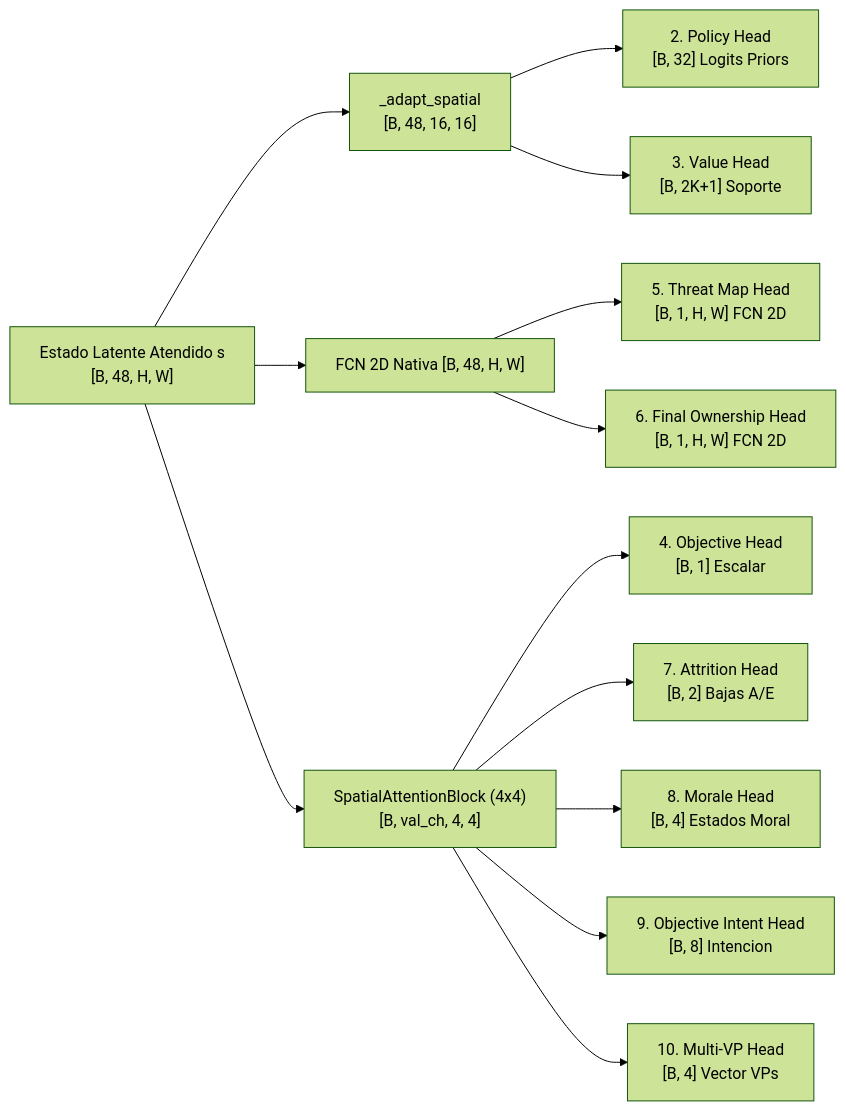
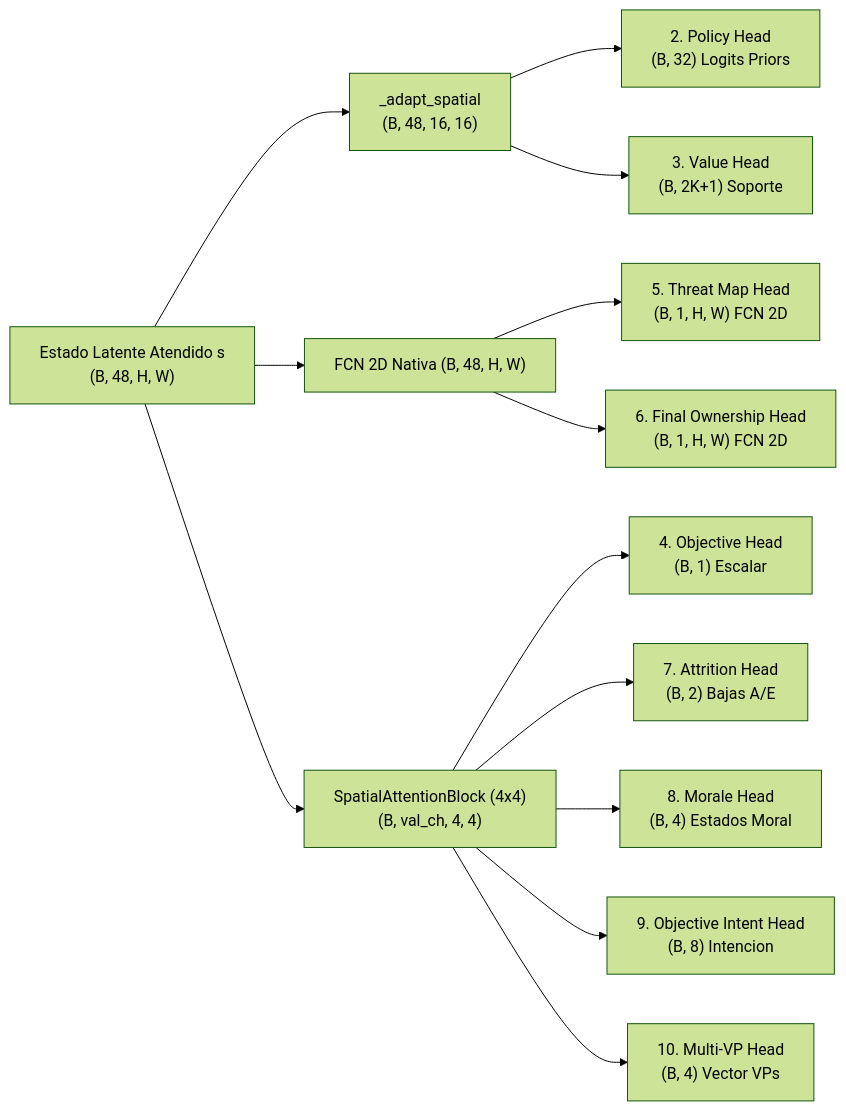
The second of 4 diagrams in docs/03_RED_NEURONAL_EFFICIENTZERO_V2.md (richardcc/assault-ai-pilot), drawn with Mermaid (forest theme) before and after one commit. The commit also changed other lines of this file and 4 other files, not shown here.

Commit message:
docs(roadmap): document prospective LLM+RL hybrid TemplateRL macro-planner architecture (v2.6.0 plan)

````diff
--- a/docs/03_RED_NEURONAL_EFFICIENTZERO_V2.md
+++ b/docs/03_RED_NEURONAL_EFFICIENTZERO_V2.md
@@ -194,18 +219,30 @@
 ```mermaid
-graph LR
-    S["Estado Latente Atendido s\n[B, 48, H, W]"] --> ADAPT["_adapt_spatial\n[B, 48, 16, 16]"]
-    S --> FCN["FCN 2D Nativa [B, 48, H, W]"]
-    S --> S_ATTN["SpatialAttentionBlock (4x4)\n[B, val_ch, 4, 4]"]
+flowchart LR
+    S["Estado Latente Atendido s
+(B, 48, H, W)"] --> ADAPT["_adapt_spatial
+(B, 48, 16, 16)"]
+    S --> FCN["FCN 2D Nativa (B, 48, H, W)"]
+    S --> S_ATTN["SpatialAttentionBlock (4x4)
+(B, val_ch, 4, 4)"]
 
-    ADAPT --> H_POL["2. Policy Head\n[B, 32] Logits Priors"]
-    ADAPT --> H_VAL["3. Value Head\n[B, 2K+1] Soporte"]
+    ADAPT --> H_POL["2. Policy Head
+(B, 32) Logits Priors"]
+    ADAPT --> H_VAL["3. Value Head
+(B, 2K+1) Soporte"]
 
-    FCN --> H_THREAT["5. Threat Map Head\n[B, 1, H, W] FCN 2D"]
-    FCN --> H_OWNER["6. Final Ownership Head\n[B, 1, H, W] FCN 2D"]
+    FCN --> H_THREAT["5. Threat Map Head
+(B, 1, H, W) FCN 2D"]
+    FCN --> H_OWNER["6. Final Ownership Head
+(B, 1, H, W) FCN 2D"]
 
-    S_ATTN --> H_OBJ["4. Objective Head\n[B, 1] Escalar"]
-    S_ATTN --> H_ATTR["7. Attrition Head\n[B, 2] Bajas A/E"]
-    S_ATTN --> H_MORALE["8. Morale Head\n[B, 4] Estados Moral"]
-    S_ATTN --> H_INTENT["9. Objective Intent Head\n[B, 8] Intencion"]
-    S_ATTN --> H_MVP["10. Multi-VP Head\n[B, 4] Vector VPs"]
+    S_ATTN --> H_OBJ["4. Objective Head
+(B, 1) Escalar"]
+    S_ATTN --> H_ATTR["7. Attrition Head
+(B, 2) Bajas A/E"]
+    S_ATTN --> H_MORALE["8. Morale Head
+(B, 4) Estados Moral"]
+    S_ATTN --> H_INTENT["9. Objective Intent Head
+(B, 8) Intencion"]
+    S_ATTN --> H_MVP["10. Multi-VP Head
+(B, 4) Vector VPs"]
 ```
````
